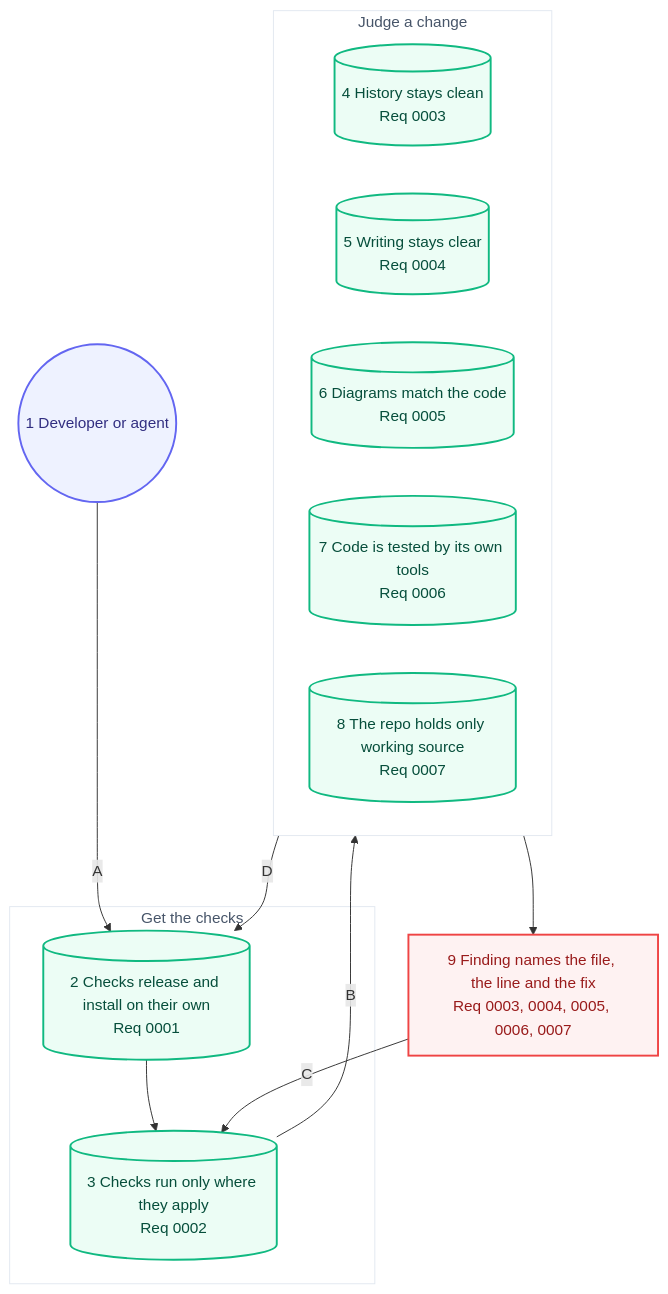
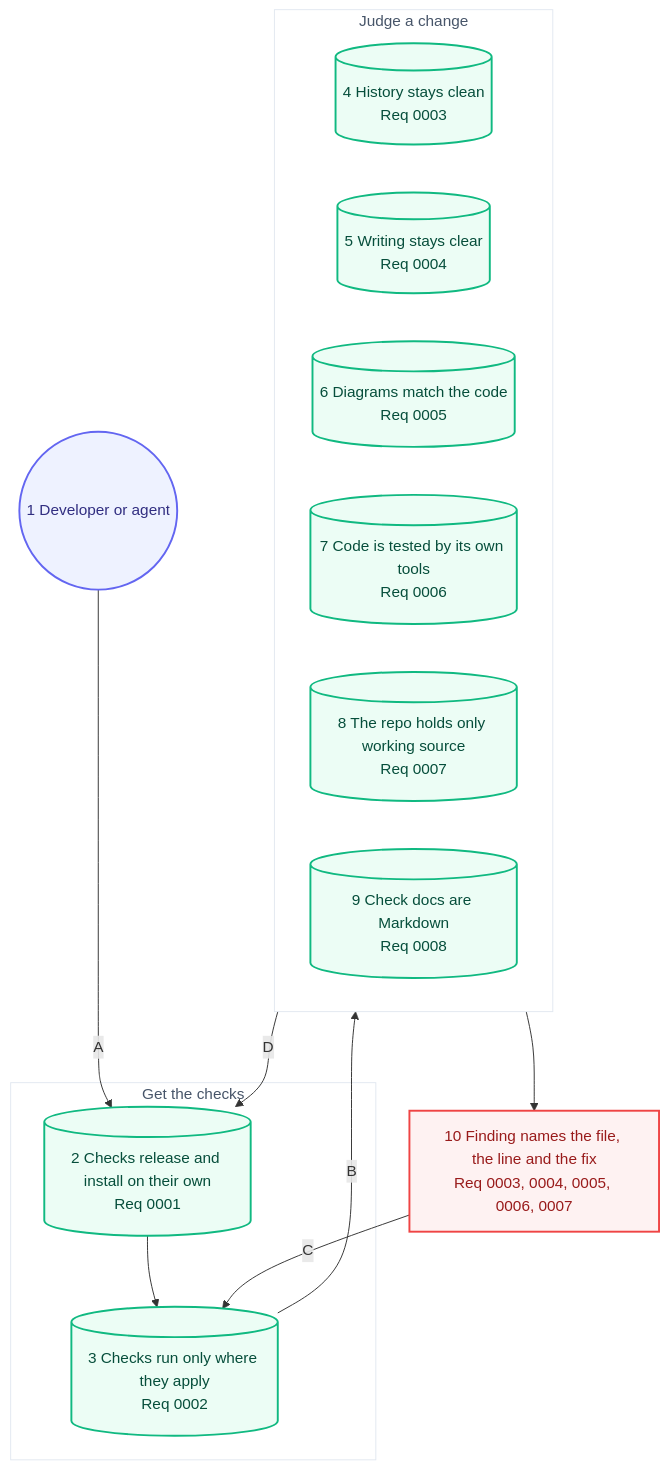
Before and after one commit to may-journal/fitness-checks: the second of 2 diagrams in docs/architecture/05-user-journey.md, drawn with Mermaid. The commit also changed other lines of this file and 5 other files, not shown here.

````diff
--- a/docs/architecture/05-user-journey.md
+++ b/docs/architecture/05-user-journey.md
@@ -38,35 +38,36 @@
 ```mermaid
 flowchart TB
     dev((1 Developer or agent)):::persona
 
     subgraph get["Get the checks"]
         install[(2 Checks release and install on their own<br/>Req 0001)]:::system
         apply[(3 Checks run only where they apply<br/>Req 0002)]:::system
     end
 
     subgraph judge["Judge a change"]
         history[(4 History stays clean<br/>Req 0003)]:::system
         writing[(5 Writing stays clear<br/>Req 0004)]:::system
         diagrams[(6 Diagrams match the code<br/>Req 0005)]:::system
         tested[(7 Code is tested by its own tools<br/>Req 0006)]:::system
         source[(8 The repo holds only working source<br/>Req 0007)]:::system
+        docs[(9 Check docs are Markdown<br/>Req 0008)]:::system
     end
 
-    red[9 Finding names the file, the line and the fix<br/>Req 0003, 0004, 0005, 0006, 0007]:::blocked
+    red[10 Finding names the file, the line and the fix<br/>Req 0003, 0004, 0005, 0006, 0007]:::blocked
 
     dev -->|A| install
     install --> apply
     apply -->|B| judge
     judge --> red
     red -->|C| apply
     judge -->|D| install
 
     classDef persona fill:#eef2ff,stroke:#6366f1,color:#312e81,stroke-width:2px
     classDef screen fill:#f8fafc,stroke:#64748b,color:#1e293b,stroke-width:2px
     classDef action fill:#fff7ed,stroke:#f97316,color:#9a3412,stroke-width:2px
     classDef system fill:#ecfdf5,stroke:#10b981,color:#064e3b,stroke-width:2px
     classDef blocked fill:#fef2f2,stroke:#ef4444,color:#991b1b,stroke-width:2px
 
     style get fill:#ffffff,stroke:#e2e8f0,color:#475569,stroke-width:1px
     style judge fill:#ffffff,stroke:#e2e8f0,color:#475569,stroke-width:1px
 ```
````
